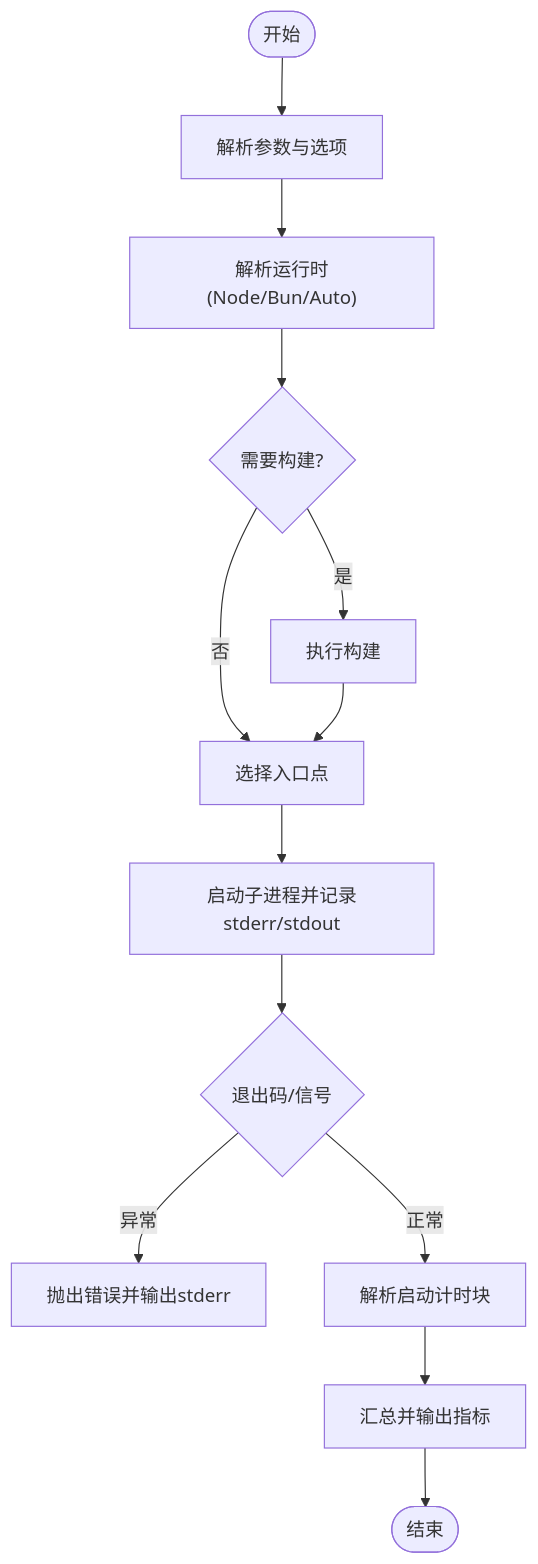
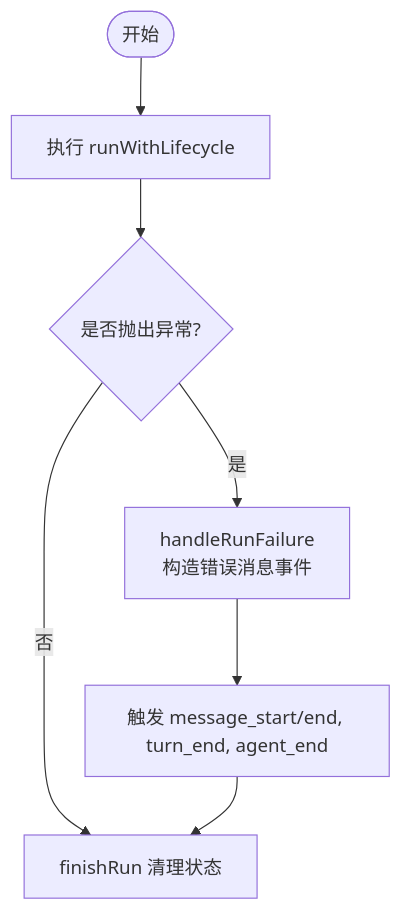
One commit to haolange/pi changed the third of 4 diagrams in .qoder/repowiki/zh/content/故障排除.md. Above: the diagram before and after it, drawn with Mermaid. The commit also changed other lines of this file and 246 other files, not shown here.

````diff
--- a/.qoder/repowiki/zh/content/故障排除.md
+++ b/.qoder/repowiki/zh/content/故障排除.md
@@ -142,15 +100,9 @@
 ```mermaid
 flowchart TD
-Start(["开始"]) --> Parse["解析参数与选项"]
-Parse --> Runtime["解析运行时(Node/Bun/Auto)"]
-Runtime --> Build{"需要构建?"}
-Build --> |是| DoBuild["执行构建"]
-Build --> |否| Entry["选择入口点"]
-DoBuild --> Entry
-Entry --> Spawn["启动子进程并记录stderr/stdout"]
-Spawn --> Exit{"退出码/信号"}
-Exit --> |异常| Err["抛出错误并输出stderr"]
-Exit --> |正常| ParseTimings["解析启动计时块"]
-ParseTimings --> Report["汇总并输出指标"]
-Report --> End(["结束"])
+Start(["开始"]) --> Run["执行 runWithLifecycle"]
+Run --> Try{"是否抛出异常?"}
+Try --> |否| Finish["finishRun 清理状态"]
+Try --> |是| Handle["handleRunFailure<br/>构造错误消息事件"]
+Handle --> Events["触发 message_start/end, turn_end, agent_end"]
+Events --> Finish
 ```
````
